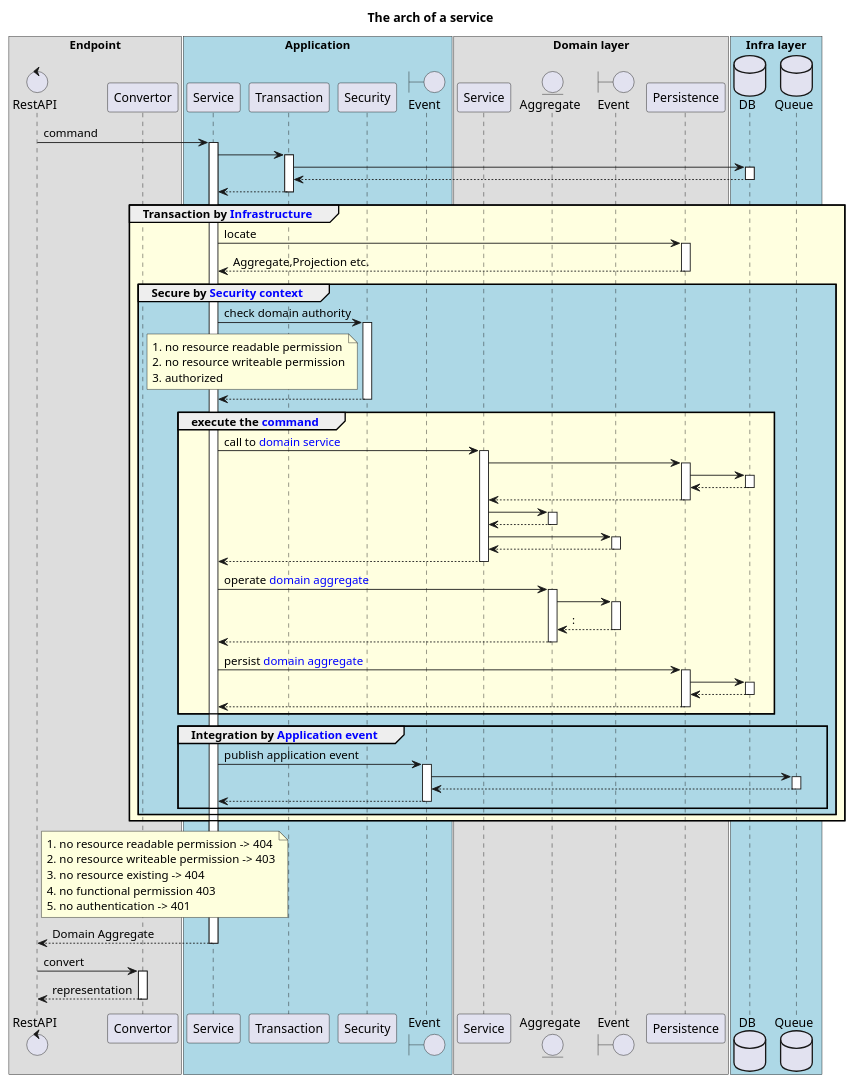
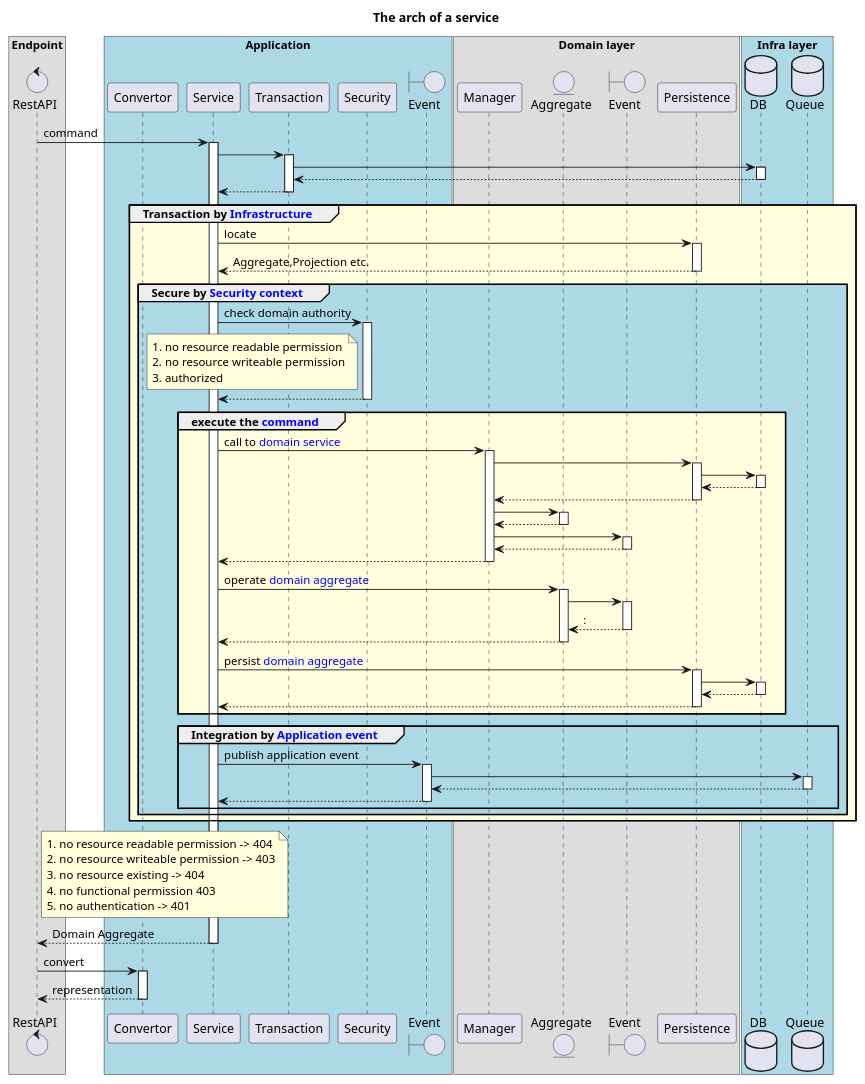
One commit to c5ms/eleven changed the diagram in src/uml/Arch-service.puml. Above: the diagram before and after it, drawn with PlantUML. The commit also changed 2 other files, not shown here.

```diff
--- a/src/uml/Arch-service.puml
+++ b/src/uml/Arch-service.puml
@@ -1,113 +1,113 @@
 @startuml
 'https://plantuml.com/sequence-diagram
 
 title The arch of a service
 
 
 '!theme plain
 autoactivate on
 'autonumber
 
 box "Endpoint"
     control       "RestAPI"                      as endpoint
-    participant   "Convertor"                    as Convertor
 end box
 
 box "Application"  #LightBlue
+    participant       "Convertor"                as Convertor
     participant       Service                    as Service
     participant       Transaction                as Transaction
     participant       Security                   as Security
     boundary          Event                      as applicationEvent
 end box
 
 box "Domain layer"
-    participant     Service                      as manager
+    participant     Manager                      as manager
     entity          Aggregate                    as model
     boundary        Event                        as domainEvent
     participant     Persistence                  as persist
 end box
 
 box "Infra layer"  #LightBlue
     database        DB                  as db
     database        Queue               as message
 end box
 
     endpoint -> Service  : command
 
         Service -> Transaction
             Transaction -> db
             return
         return
 
             group #LightYellow  Transaction by <color:blue>Infrastructure</color>
 
                     Service -> persist : locate
                     return Aggregate,Projection etc.
 
                     group #LightBlue Secure by <color:blue>Security context</color>
 
                         Service -> Security : check domain authority
                         note left Security
                               1. no resource readable permission
                               2. no resource writeable permission
                               3. authorized
                         end note
                         return
 
                         group #LightYellow execute the <color:blue>command</color>
 
 
                         Service -> manager : call to <color:blue>domain service</color>
                             manager -> persist
                                 persist -> db
                                 return
                             return
                             manager -> model
                             return
                             manager -> domainEvent:
                             return
                         return
 
 
                         Service -> model : operate <color:blue>domain aggregate</color>
                             model -> domainEvent
                             return:
                         return
 
 
 
 
 
                         Service -> persist : persist <color:blue>domain aggregate</color>
                             persist -> db
                             return
                         return
 
                         end group
 
 
                         group Integration by <color:blue>Application event</color>
                             Service -> applicationEvent : publish application event
                                 applicationEvent -> message
                                 return
                             return
 
                         end group
 
                     end group
 
             end group
 
         note right endpoint
             1. no resource readable permission -> 404
             2. no resource writeable permission -> 403
             3. no resource existing -> 404
             4. no functional permission 403
             5. no authentication -> 401
         end note
         return Domain Aggregate
 
         endpoint->Convertor : convert
         return representation
 
 @enduml
```
